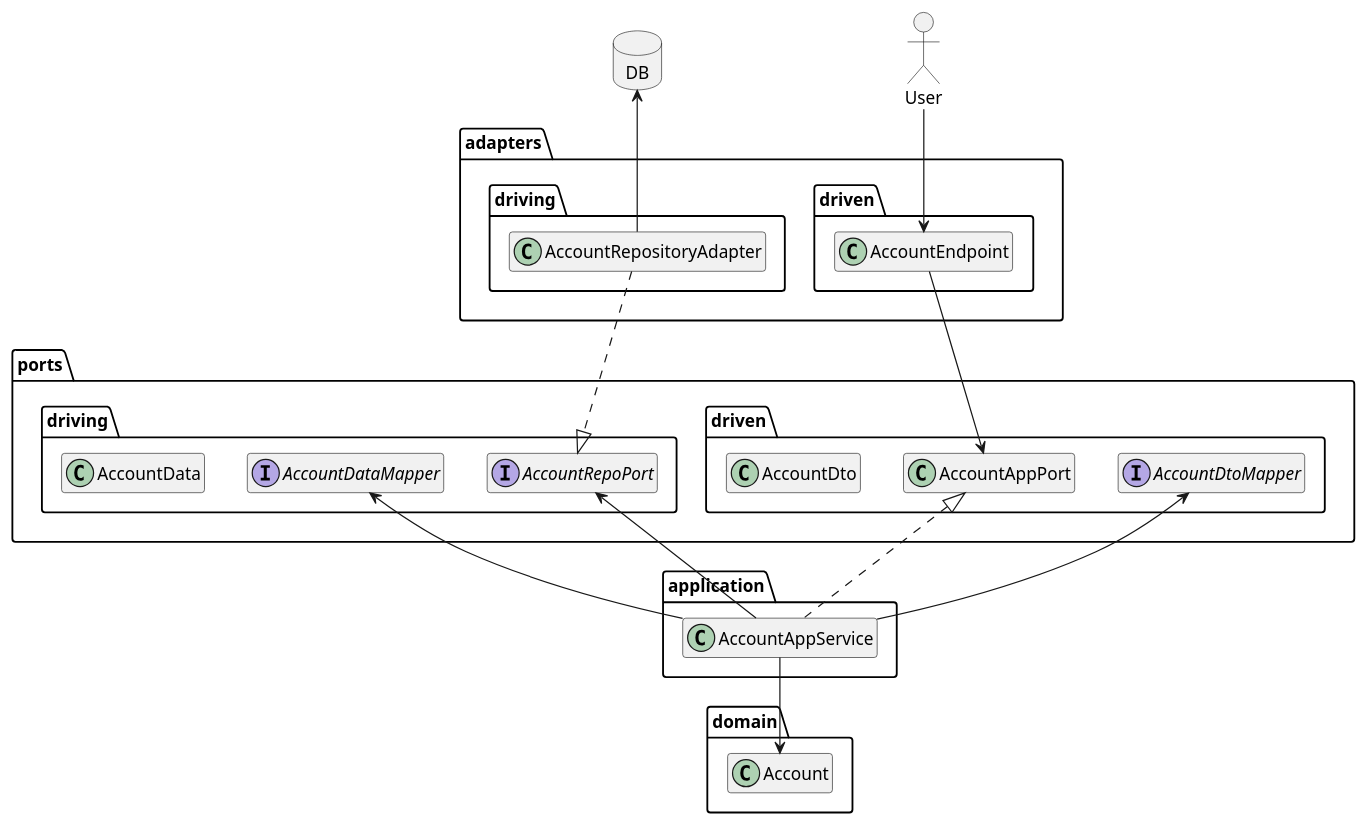
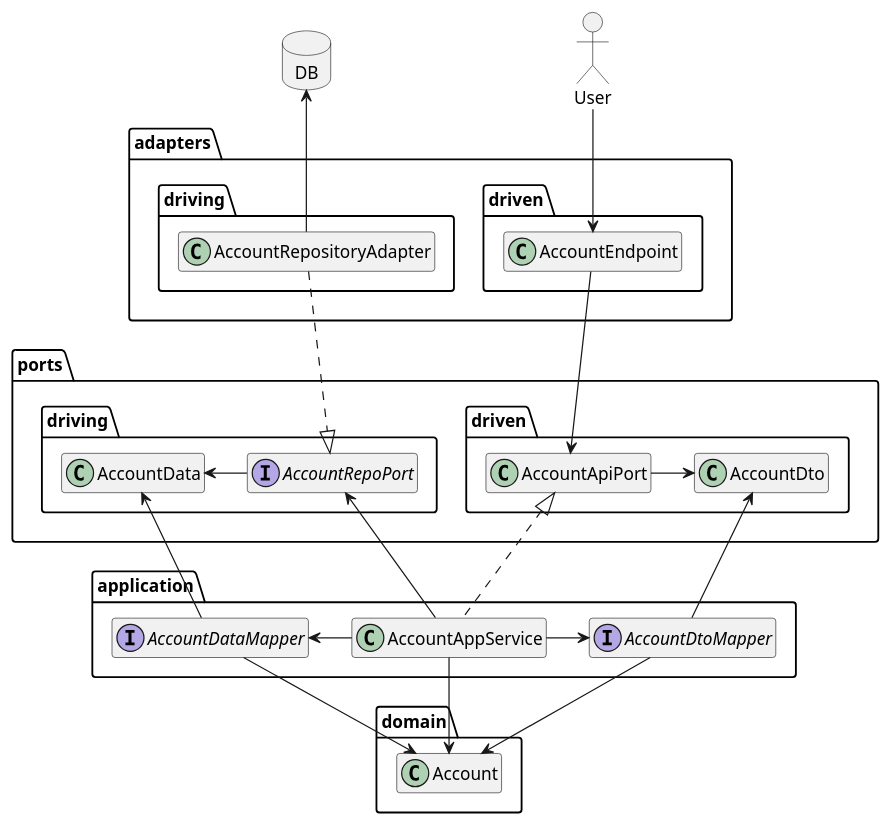
The diagram in doc/implementation/architecture/accounts-hexagonal.puml (onouv/expenses), drawn with PlantUML before and after one commit. The commit also changed 12 other files, not shown here.

Commit message:
move mappers to application layer; refactor exception handling; create direct mapping data <-> dto;

```diff
--- a/doc/implementation/architecture/accounts-hexagonal.puml
+++ b/doc/implementation/architecture/accounts-hexagonal.puml
@@ -1,56 +1,63 @@
 @startuml
 
 top to bottom direction
 allowmixing
 hide empty members
 
 actor User
 database DB
 
 package adapters {
     package driven {
         class AccountEndpoint
     }
 
     package driving {
         class AccountRepositoryAdapter
     }
 }
 
 
 package ports {
     package driven {
-        class AccountAppPort
+        class AccountApiPort
         class AccountDto
-        interface AccountDtoMapper
+        AccountApiPort -r-> AccountDto
+
     }
 
     package driving {
-        interface AccountDataMapper
+        class AccountData
         interface AccountRepoPort
-        class AccountData
+        AccountRepoPort -l-> AccountData
 
     }
 }
 package application {
     class AccountAppService
+    interface AccountDataMapper
+    interface AccountDtoMapper
 }
 package domain {
     class Account
 }
 
 User -d-> AccountEndpoint
 AccountRepositoryAdapter -u-> DB
 
 
-AccountEndpoint --> AccountAppPort
+AccountEndpoint --> AccountApiPort
 AccountRepositoryAdapter .d.|> AccountRepoPort
-AccountAppService .u.|> AccountAppPort
-AccountAppService -u-> AccountDtoMapper
+AccountAppService .u.|> AccountApiPort
+AccountAppService -r-> AccountDtoMapper
 
-AccountAppService -u-> AccountDataMapper
+AccountAppService -l-> AccountDataMapper
 AccountAppService -u-> AccountRepoPort
 AccountAppService -d-> Account
+AccountDataMapper -d-> Account
+AccountDataMapper -u-> AccountData
+AccountDtoMapper -d-> Account
+AccountDtoMapper -u-> AccountDto
 
 
 @enduml
```
